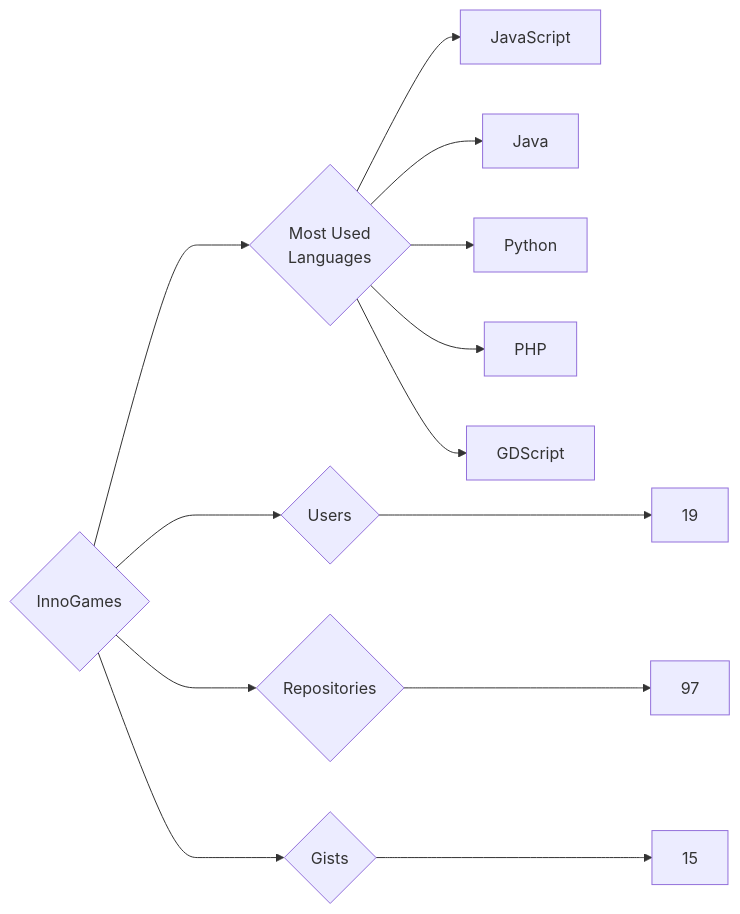
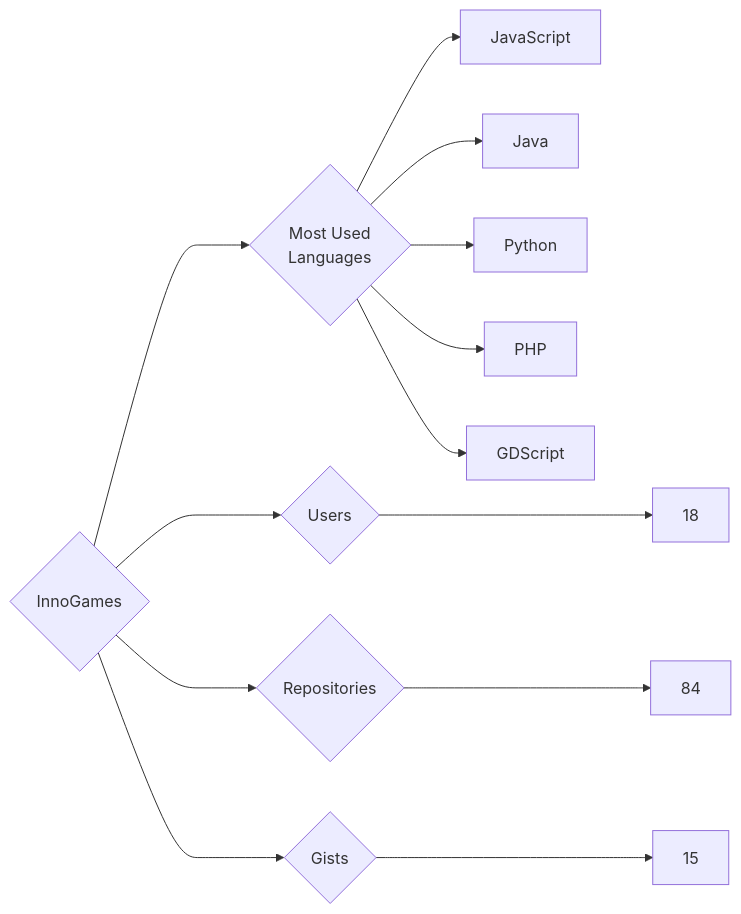
The diagram in targets/InnoGames/README.md (trickest/insiders), drawn with Mermaid before and after one commit. The commit also changed 1238 other files, not shown here.

````diff
--- a/targets/InnoGames/README.md
+++ b/targets/InnoGames/README.md
@@ -3,13 +3,13 @@
 ```mermaid
 graph LR
 COMPANY_NAME{InnoGames}
-COMPANY_NAME ---> U{Users} ---> UN[19]
-COMPANY_NAME ---> R{Repositories} ---> RN[97]
+COMPANY_NAME ---> U{Users} ---> UN[18]
+COMPANY_NAME ---> R{Repositories} ---> RN[84]
 COMPANY_NAME ---> G{Gists} ---> GN[15]
 COMPANY_NAME ---> ML{Most Used<br>Languages}
 ML --> JavaScript[JavaScript]
 ML --> Java[Java]
 ML --> Python[Python]
 ML --> PHP[PHP]
 ML --> GDScript[GDScript]
 ```
````
